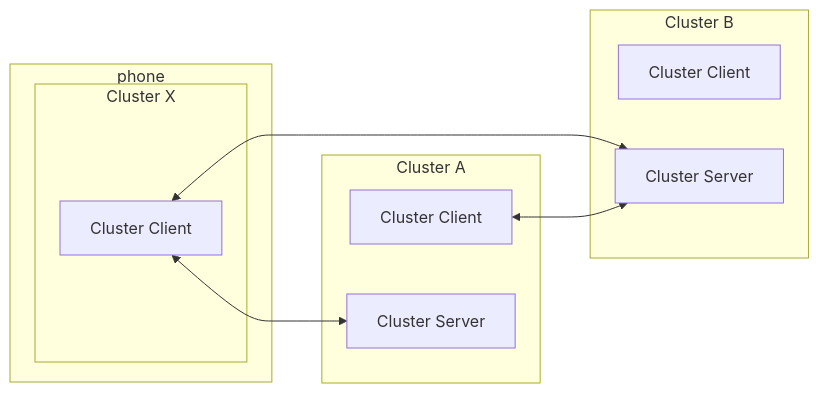
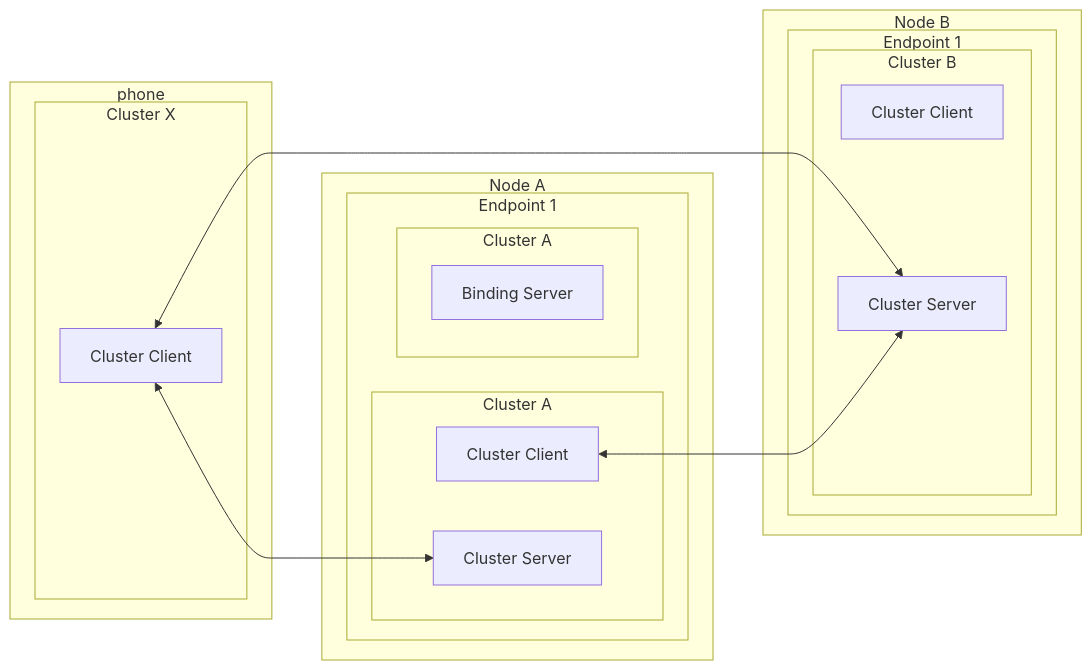
Diagram 11 of 13 in helper_Matter.md (lankahsu520/HelperX), drawn with Mermaid before and after one commit. The commit also changed other lines of this file, not shown here.

````diff
--- a/helper_Matter.md
+++ b/helper_Matter.md
@@ -1362,20 +1390,31 @@
 ```mermaid
 flowchart LR
 	subgraph phone[phone]
 		subgraph clusterX[Cluster X]
-  		clientX[Cluster Client]
+			clientX[Cluster Client]
 		end
 	end
-	subgraph clusterA[Cluster A]
-		clientA[Cluster Client]
-		serverA[Cluster Server]
+	subgraph nodeA[Node A]
+		subgraph endpointA1["Endpoint 1"]
+			subgraph clusterA1[Cluster A]
+				clientA1[Cluster Client]
+				serverA1[Cluster Server]
+			end
+			subgraph clusterA2[Cluster A]
+				serverA2[Binding Server]
+			end
+		end
 	end
-	subgraph clusterB[Cluster B]
-		clientB[Cluster Client]
-		serverB[Cluster Server]
+	subgraph nodeB[Node B]
+		subgraph endpointB1[Endpoint 1]
+			subgraph clusterB[Cluster B]
+				clientB[Cluster Client]
+				serverB[Cluster Server]
+			end
+		end
 	end
 
 	clientX <--> serverB
-	clientX <--> serverA
-	clientA <--> serverB
+	clientX <--> serverA1
+	clientA1 <--> serverB
 ```
````
